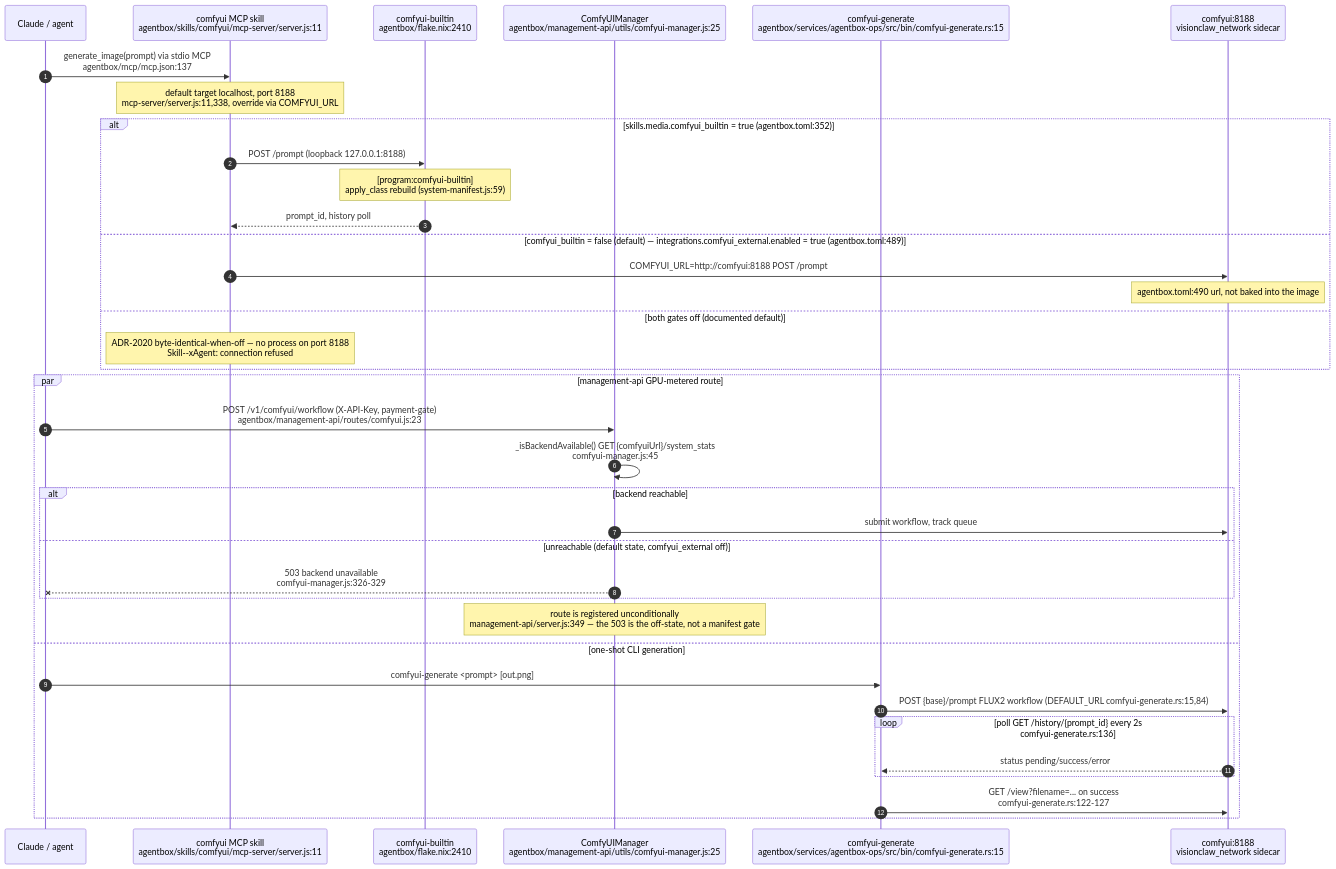
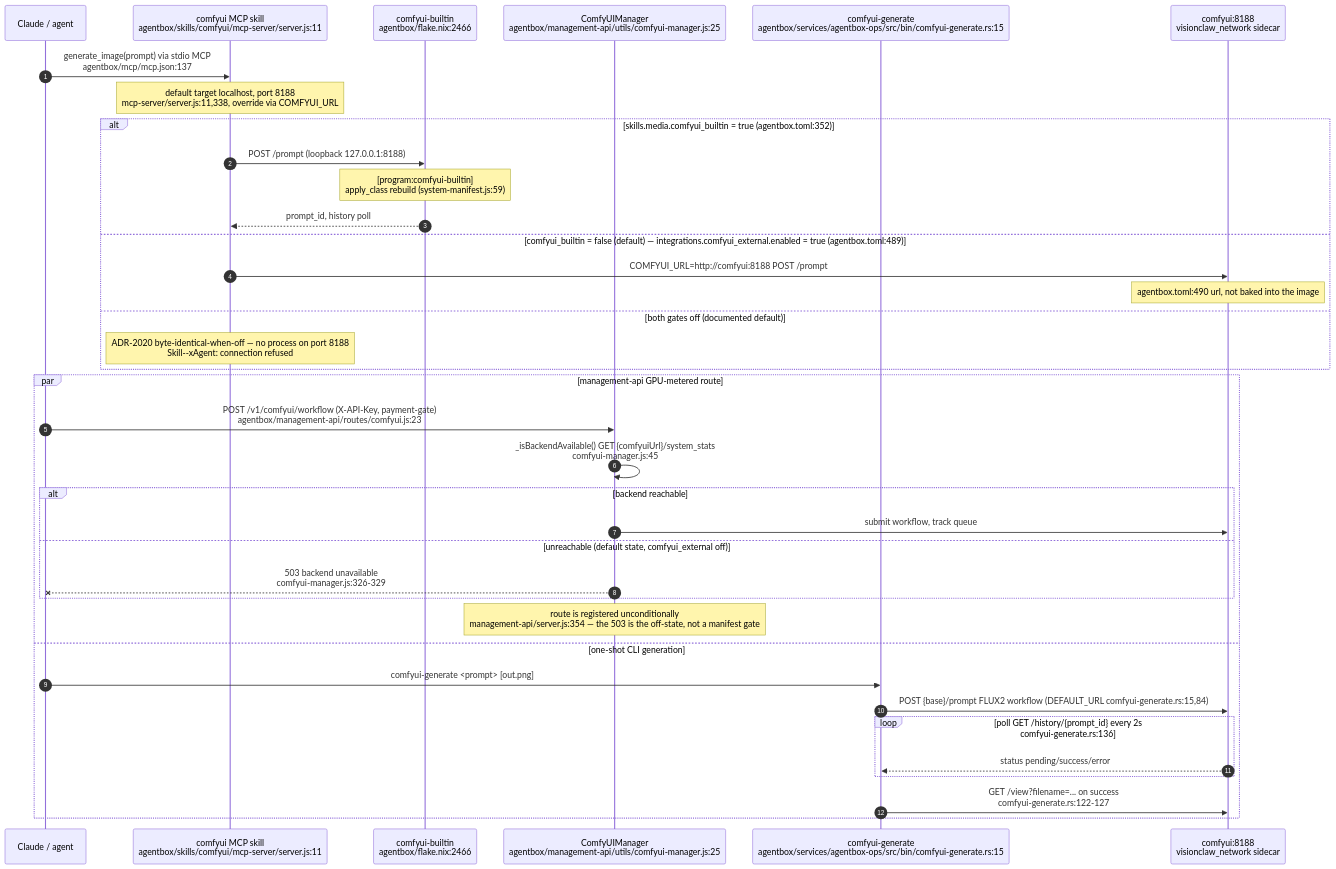
One commit to DreamLab-AI/VisionFlow changed the first of 13 diagrams in docs/diagrams/agentbox/27-media-gpu-capability-services.md. Above: the diagram before and after it, drawn with Mermaid. The commit also changed other lines of this file and 94 other files, not shown here.

First line of the commit message:
docs(diagrams): re-verify 130 topics against 2 October HEADs

````diff
--- a/docs/diagrams/agentbox/27-media-gpu-capability-services.md
+++ b/docs/diagrams/agentbox/27-media-gpu-capability-services.md
@@ -54,42 +54,42 @@
 ```mermaid
 sequenceDiagram
     autonumber
     participant Agent as Claude / agent
     participant Skill as comfyui MCP skill<br/>agentbox/skills/comfyui/mcp-server/server.js:11
-    participant Builtin as comfyui-builtin<br/>agentbox/flake.nix:2410
+    participant Builtin as comfyui-builtin<br/>agentbox/flake.nix:2466
     participant MgmtAPI as ComfyUIManager<br/>agentbox/management-api/utils/comfyui-manager.js:25
     participant Gen as comfyui-generate<br/>agentbox/services/agentbox-ops/src/bin/comfyui-generate.rs:15
     participant Ext as comfyui:8188<br/>visionclaw_network sidecar
 
     Agent->>Skill: generate_image(prompt) via stdio MCP<br/>agentbox/mcp/mcp.json:137
     Note over Skill: default target localhost, port 8188<br/>mcp-server/server.js:11,338, override via COMFYUI_URL
 
     alt skills.media.comfyui_builtin = true (agentbox.toml:352)
         Skill->>Builtin: POST /prompt (loopback 127.0.0.1:8188)
         Note over Builtin: [program:comfyui-builtin]<br/>apply_class rebuild (system-manifest.js:59)
         Builtin-->>Skill: prompt_id, history poll
     else comfyui_builtin = false (default) — integrations.comfyui_external.enabled = true (agentbox.toml:489)
         Skill->>Ext: COMFYUI_URL=http://comfyui:8188 POST /prompt
         Note over Ext: agentbox.toml:490 url, not baked into the image
     else both gates off (documented default)
         Note over Skill: ADR-2020 byte-identical-when-off — no process on port 8188<br/>Skill--xAgent: connection refused
     end
 
     par management-api GPU-metered route
         Agent->>MgmtAPI: POST /v1/comfyui/workflow (X-API-Key, payment-gate)<br/>agentbox/management-api/routes/comfyui.js:23
         MgmtAPI->>MgmtAPI: _isBackendAvailable() GET {comfyuiUrl}/system_stats<br/>comfyui-manager.js:45
         alt backend reachable
             MgmtAPI->>Ext: submit workflow, track queue
         else unreachable (default state, comfyui_external off)
             MgmtAPI--xAgent: 503 backend unavailable<br/>comfyui-manager.js:326-329
         end
-        Note over MgmtAPI: route is registered unconditionally<br/>management-api/server.js:349 — the 503 is the off-state, not a manifest gate
+        Note over MgmtAPI: route is registered unconditionally<br/>management-api/server.js:354 — the 503 is the off-state, not a manifest gate
     and one-shot CLI generation
         Agent->>Gen: comfyui-generate <prompt> [out.png]
         Gen->>Ext: POST {base}/prompt FLUX2 workflow (DEFAULT_URL comfyui-generate.rs:15,84)
         loop poll GET /history/{prompt_id} every 2s<br/>comfyui-generate.rs:136
             Ext-->>Gen: status pending/success/error
         end
         Gen->>Ext: GET /view?filename=... on success<br/>comfyui-generate.rs:122-127
     end
 ```
````
